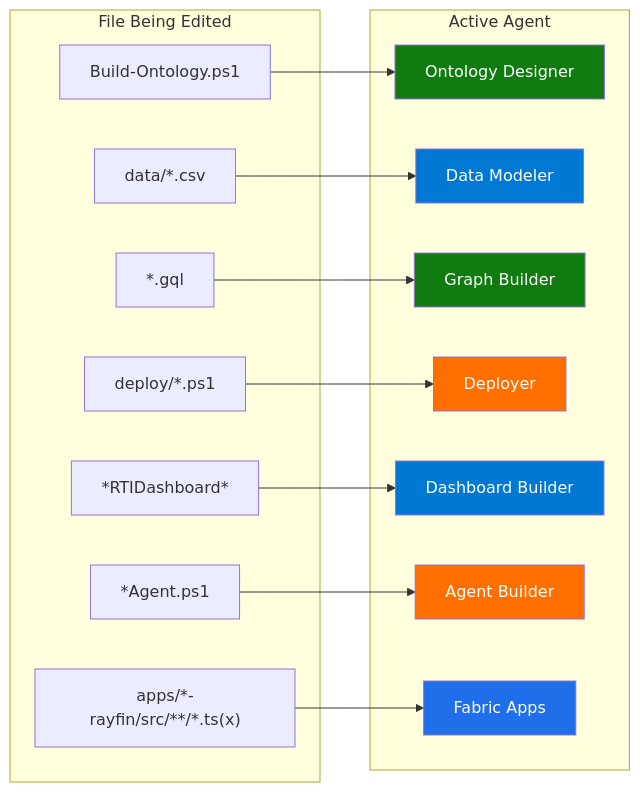
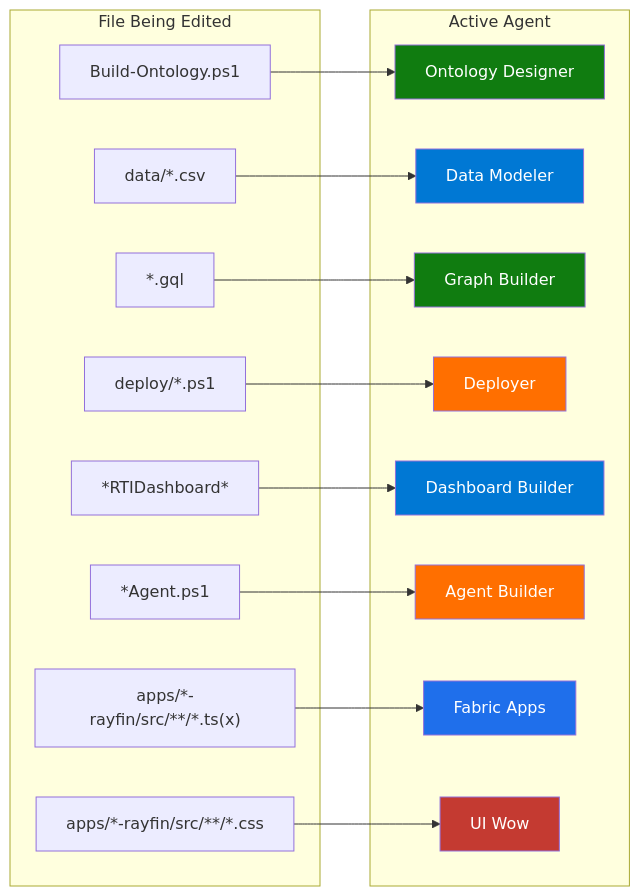
Before and after one commit to cyphou/Ontology-RTI: the second of 3 diagrams in AGENTS.md, drawn with Mermaid. The commit also changed other lines of this file and 33 other files, not shown here.

````diff
--- a/AGENTS.md
+++ b/AGENTS.md
@@ -89,38 +92,42 @@
 ```mermaid
 flowchart LR
     subgraph Files["File Being Edited"]
         F1["Build-Ontology.ps1"]
         F2["data/*.csv"]
         F3["*.gql"]
         F4["deploy/*.ps1"]
         F5["*RTIDashboard*"]
         F6["*Agent.ps1"]
         F7["apps/*-rayfin/src/**/*.ts(x)"]
+        F8["apps/*-rayfin/src/**/*.css"]
     end
 
     subgraph Agents["Active Agent"]
         A1["Ontology Designer"]
         A2["Data Modeler"]
         A3["Graph Builder"]
         A4["Deployer"]
         A5["Dashboard Builder"]
         A6["Agent Builder"]
         A7["Fabric Apps"]
+        A8["UI Wow"]
     end
 
     F1 --> A1
     F2 --> A2
     F3 --> A3
     F4 --> A4
     F5 --> A5
     F6 --> A6
     F7 --> A7
+    F8 --> A8
 
     style A1 fill:#107C10,color:#fff
     style A2 fill:#0078D4,color:#fff
     style A3 fill:#107C10,color:#fff
     style A4 fill:#FF6F00,color:#fff
     style A5 fill:#0078D4,color:#fff
     style A6 fill:#FF6F00,color:#fff
     style A7 fill:#1f6feb,color:#fff
+    style A8 fill:#C43A31,color:#fff
 ```
````
